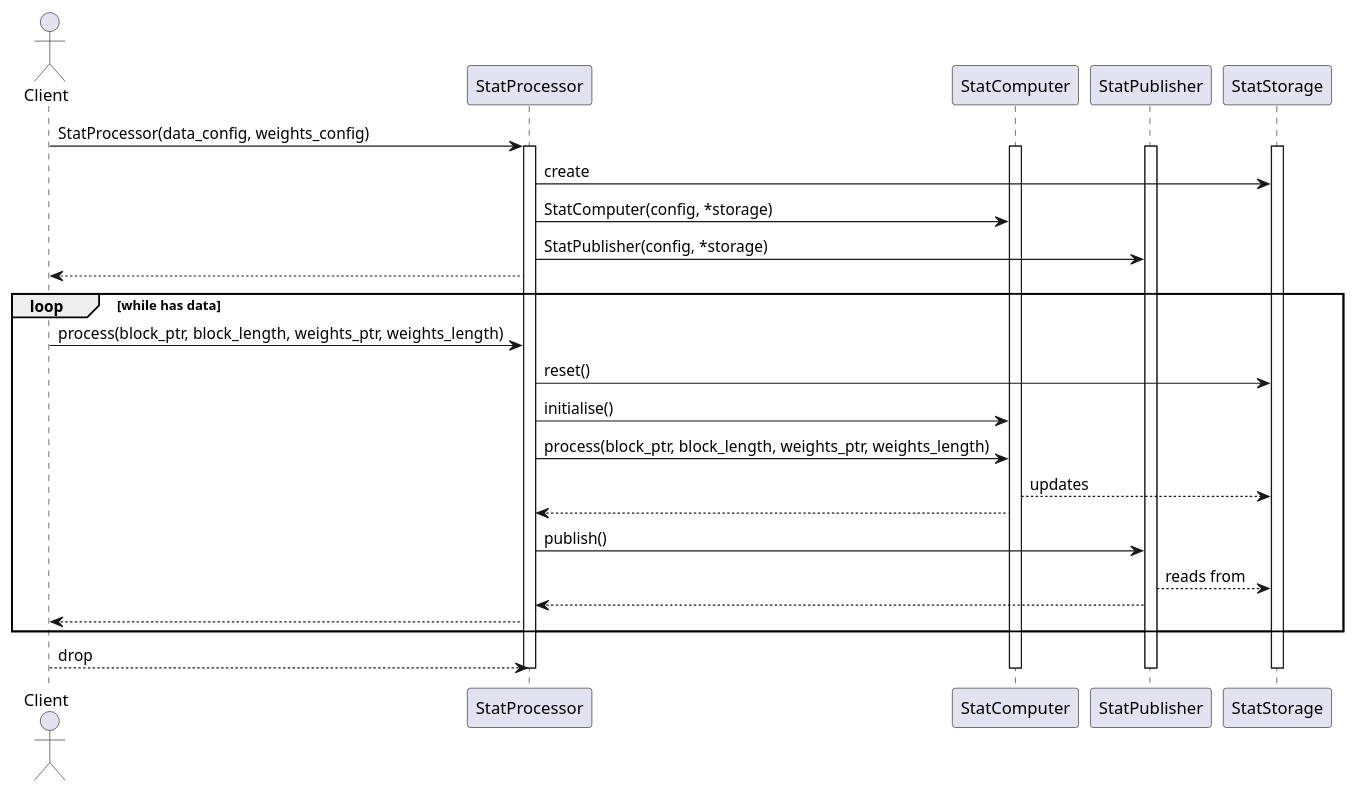
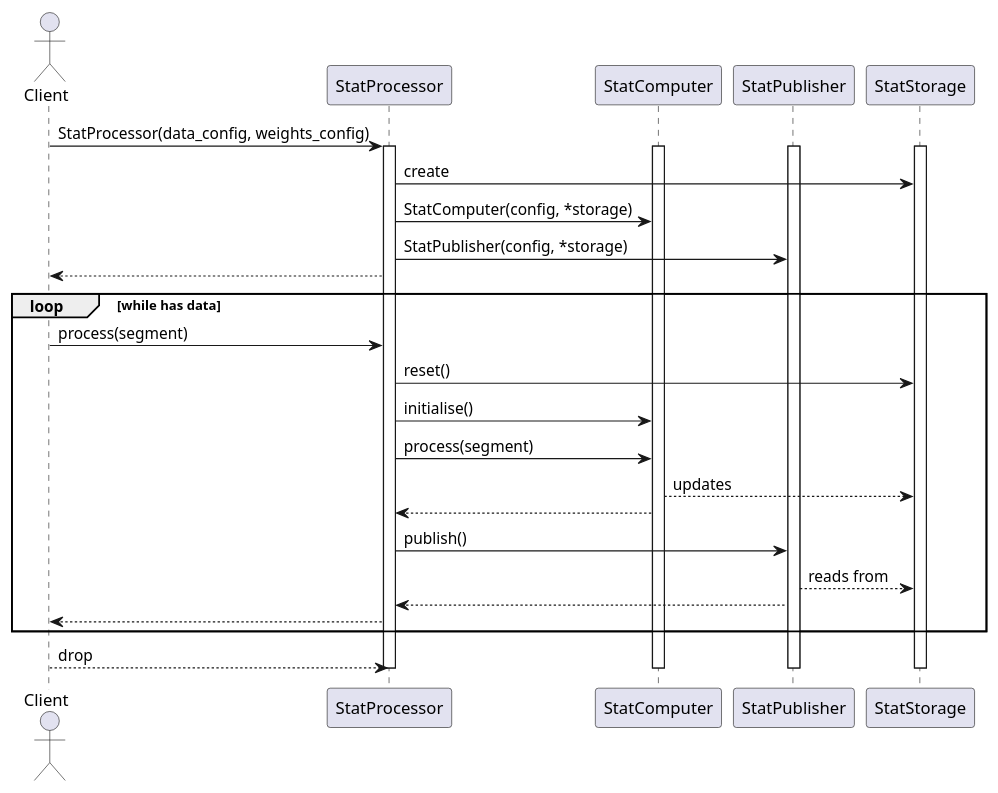
Before and after one commit to ska-telescope/ska-pst-stat: the diagram in docs/src/architecture/stats_processor_seq.puml, drawn with PlantUML. The commit also changed 2 other files, not shown here.

Commit message:
AT3-517 document that StatComputer and StatProcessor now use SegmentProducer::Segment

```diff
--- a/docs/src/architecture/stats_processor_seq.puml
+++ b/docs/src/architecture/stats_processor_seq.puml
@@ -1,29 +1,29 @@
 @startuml PST STAT Processor
 actor Client
 Client -> StatProcessor: StatProcessor(data_config, weights_config)
 activate StatProcessor
 activate StatComputer
 activate StatPublisher
 activate StatStorage
 StatProcessor -> StatStorage: create
 StatProcessor -> StatComputer: StatComputer(config, *storage)
 StatProcessor -> StatPublisher: StatPublisher(config, *storage)
 Client <-- StatProcessor
 loop while has data
-  Client -> StatProcessor: process(block_ptr, block_length, weights_ptr, weights_length)
+  Client -> StatProcessor: process(segment)
   StatProcessor -> StatStorage: reset()
   StatProcessor -> StatComputer: initialise()
-  StatProcessor -> StatComputer: process(block_ptr, block_length, weights_ptr, weights_length)
+  StatProcessor -> StatComputer: process(segment)
   StatComputer --> StatStorage: updates
   StatProcessor <-- StatComputer
   StatProcessor -> StatPublisher: publish()
   StatPublisher --> StatStorage: reads from
   StatProcessor <-- StatPublisher
   Client <-- StatProcessor
 end
 Client --> StatProcessor: drop
 deactivate StatProcessor
 deactivate StatComputer
 deactivate StatPublisher
 deactivate StatStorage
 @enduml
```
